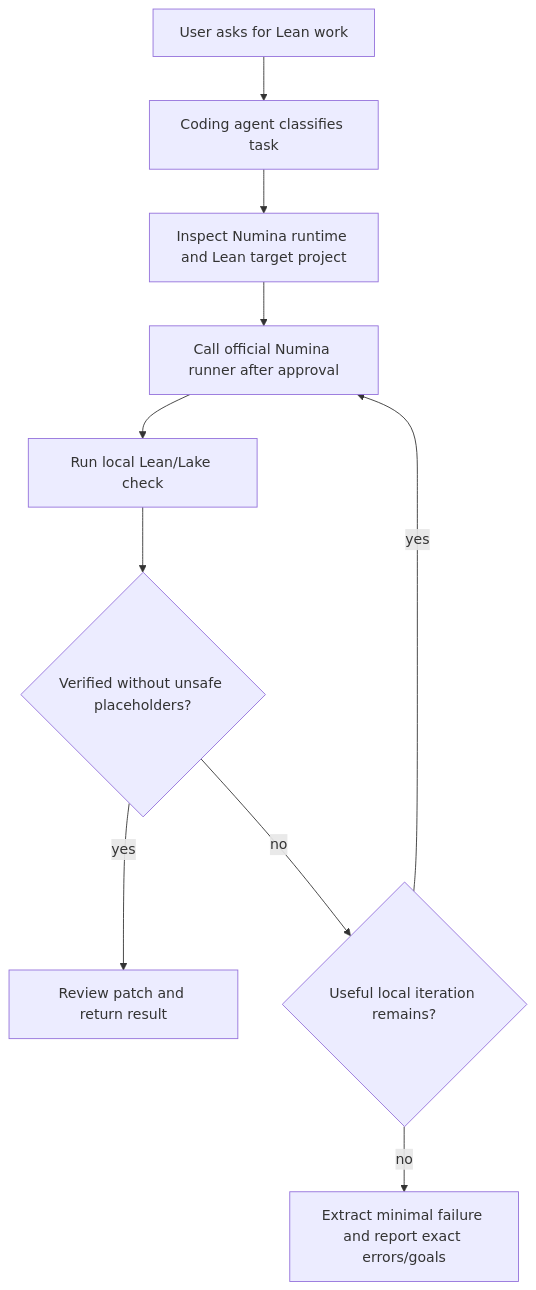
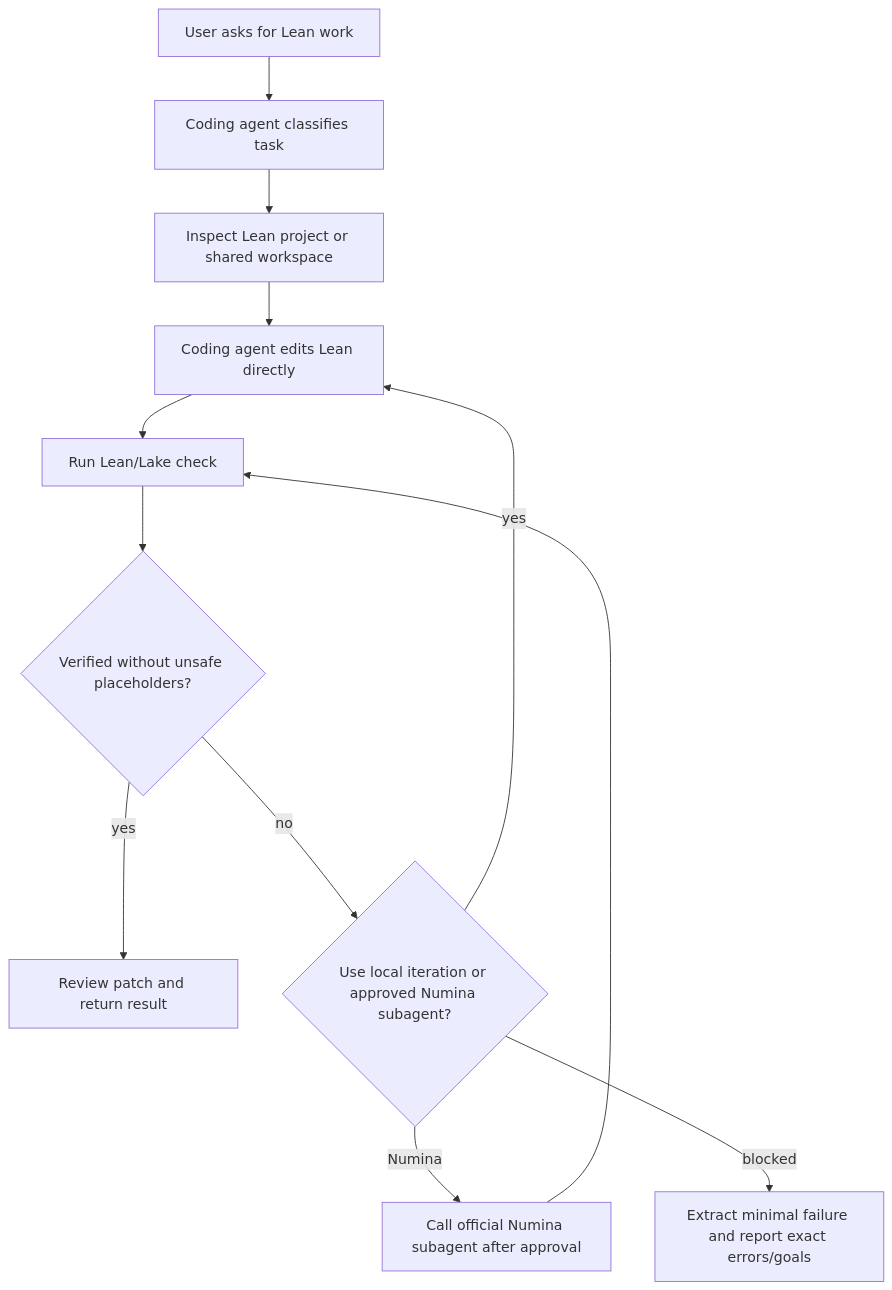
Before and after one commit to VeryMath/AI4Math-Lean-Agents: the diagram in skills/lean-formalization/references/numina_reverse_analysis.md, drawn with Mermaid. The commit also changed other lines of this file and 24 other files, not shown here.

Commit message:
Reframe Lean skill as coding-agent first

````diff
--- a/skills/lean-formalization/references/numina_reverse_analysis.md
+++ b/skills/lean-formalization/references/numina_reverse_analysis.md
@@ -38,12 +38,14 @@
 ```mermaid
 flowchart TD
   A["User asks for Lean work"] --> B["Coding agent classifies task"]
-  B --> C["Inspect Numina runtime and Lean target project"]
-  C --> D["Call official Numina runner after approval"]
-  D --> E["Run local Lean/Lake check"]
+  B --> C["Inspect Lean project or shared workspace"]
+  C --> D["Coding agent edits Lean directly"]
+  D --> E["Run Lean/Lake check"]
   E --> F{"Verified without unsafe placeholders?"}
   F -->|yes| G["Review patch and return result"]
-  F -->|no| H{"Useful local iteration remains?"}
+  F -->|no| H{"Use local iteration or approved Numina subagent?"}
   H -->|yes| D
-  H -->|no| I["Extract minimal failure and report exact errors/goals"]
+  H -->|Numina| N["Call official Numina subagent after approval"]
+  N --> E
+  H -->|blocked| I["Extract minimal failure and report exact errors/goals"]
 ```
````
